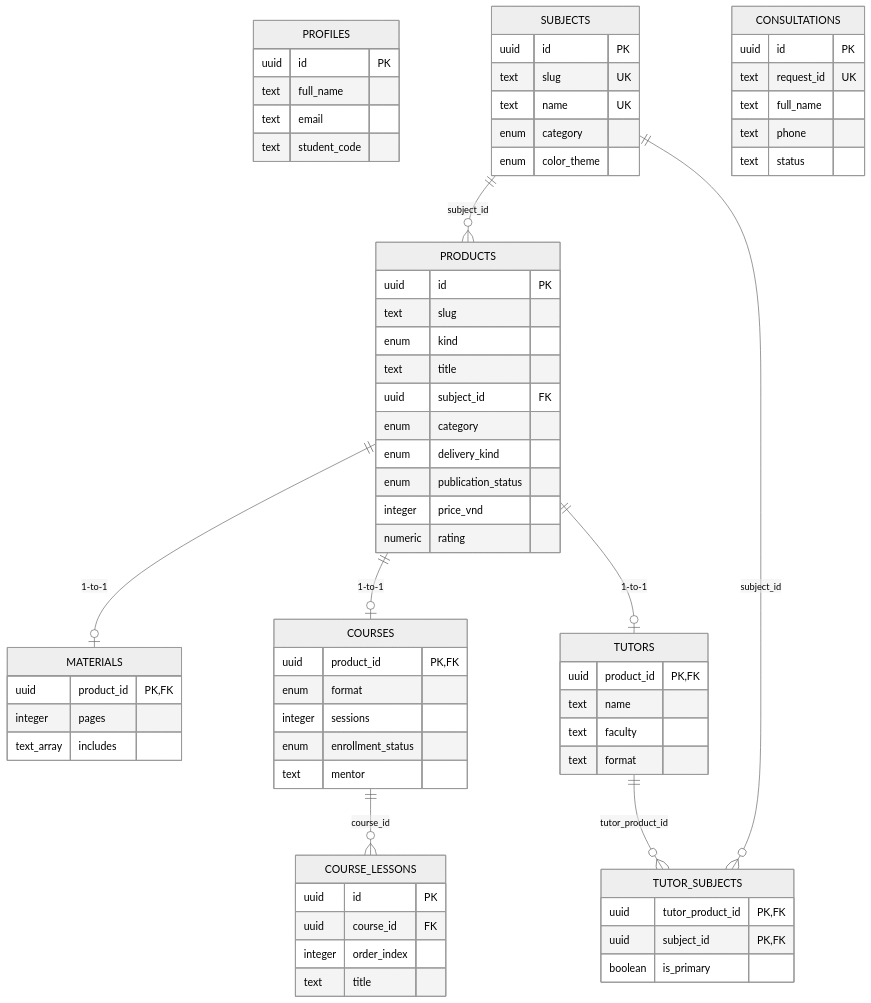
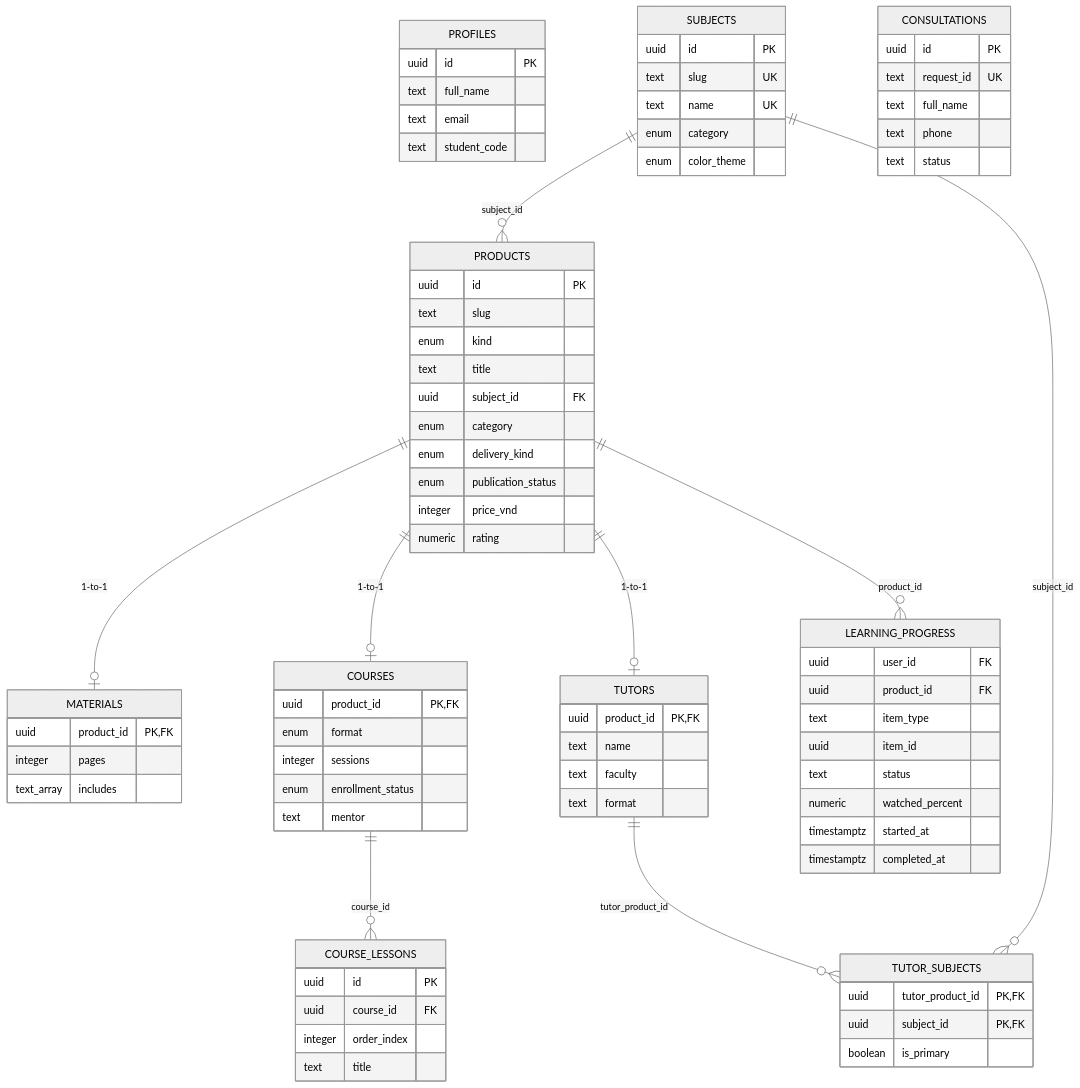
One commit to tlee126/left-hand changed the diagram in docs/database.md. Above: the diagram before and after it, drawn with Mermaid (neutral theme). The commit also changed other lines of this file and 9 other files, not shown here.

Commit message:
feat: persist student learning progress

````diff
--- a/docs/database.md
+++ b/docs/database.md
@@ -101,6 +102,17 @@
         text status
     }
 
+    LEARNING_PROGRESS {
+        uuid user_id FK
+        uuid product_id FK
+        text item_type
+        uuid item_id
+        text status
+        numeric watched_percent
+        timestamptz started_at
+        timestamptz completed_at
+    }
+
     SUBJECTS ||--o{ PRODUCTS : "subject_id"
     PRODUCTS ||--o| MATERIALS : "1-to-1"
     PRODUCTS ||--o| COURSES : "1-to-1"
@@ -108,4 +120,5 @@
     COURSES ||--o{ COURSE_LESSONS : "course_id"
     TUTORS ||--o{ TUTOR_SUBJECTS : "tutor_product_id"
     SUBJECTS ||--o{ TUTOR_SUBJECTS : "subject_id"
+    PRODUCTS ||--o{ LEARNING_PROGRESS : "product_id"
 ```
````
